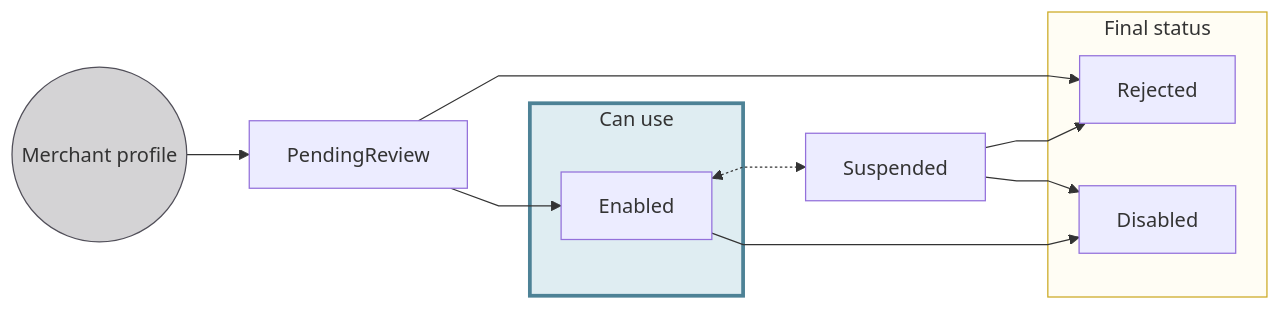
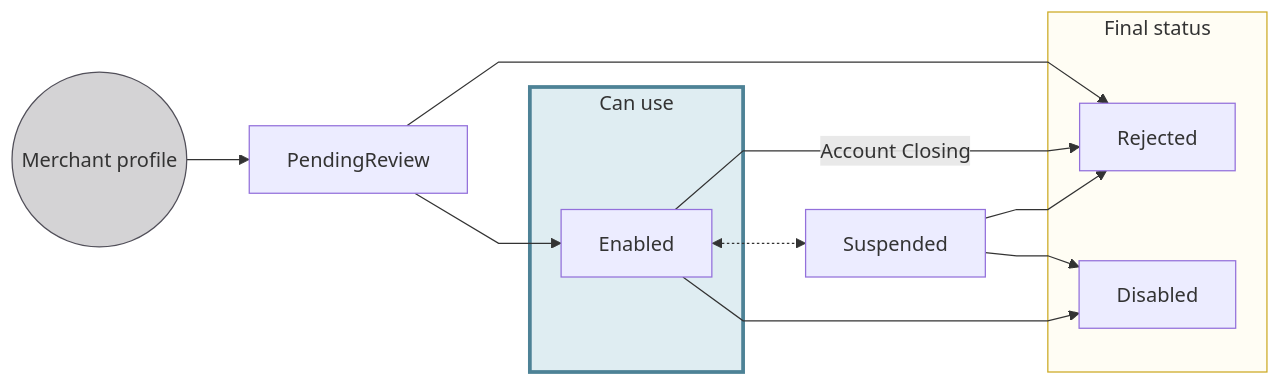
Before and after one commit to swan-io/docs: the first of 3 diagrams in docs/payments/concepts/merchants/statuses.mdx, drawn with Mermaid. The commit also changed other lines of this file, not shown here.

````diff
--- a/docs/payments/concepts/merchants/statuses.mdx
+++ b/docs/payments/concepts/merchants/statuses.mdx
@@ -18,21 +18,22 @@
 ```mermaid
 %%{ init: { 'flowchart': { 'curve': 'linear' } } }%%
 flowchart LR
     MPR((Merchant profile)) --> PR[PendingReview]
     PR --> R[Rejected]
     PR --> E[Enabled]
     E <-.-> S[Suspended]
+    E -- Account Closing --> R
     S --> R
     S --> D
     E --> D[Disabled]
     subgraph U[Can use]
         E
     end
     subgraph F[Final status]
         D
         R
     end
     style MPR fill:#D4D3D5,stroke:#514F59
     style F fill:#fffdf4,stroke:#cca922
     style U fill:#dfedf2,stroke:#4d8296, stroke-width:3px
 ```
````
